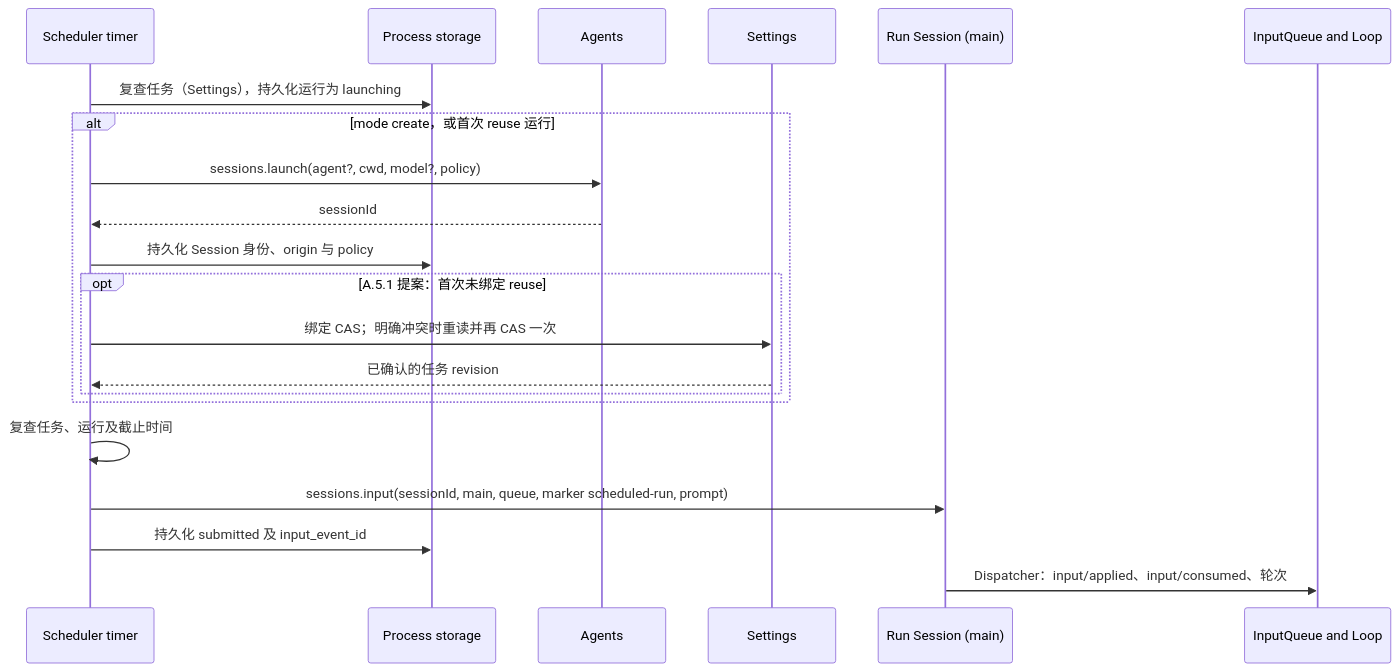
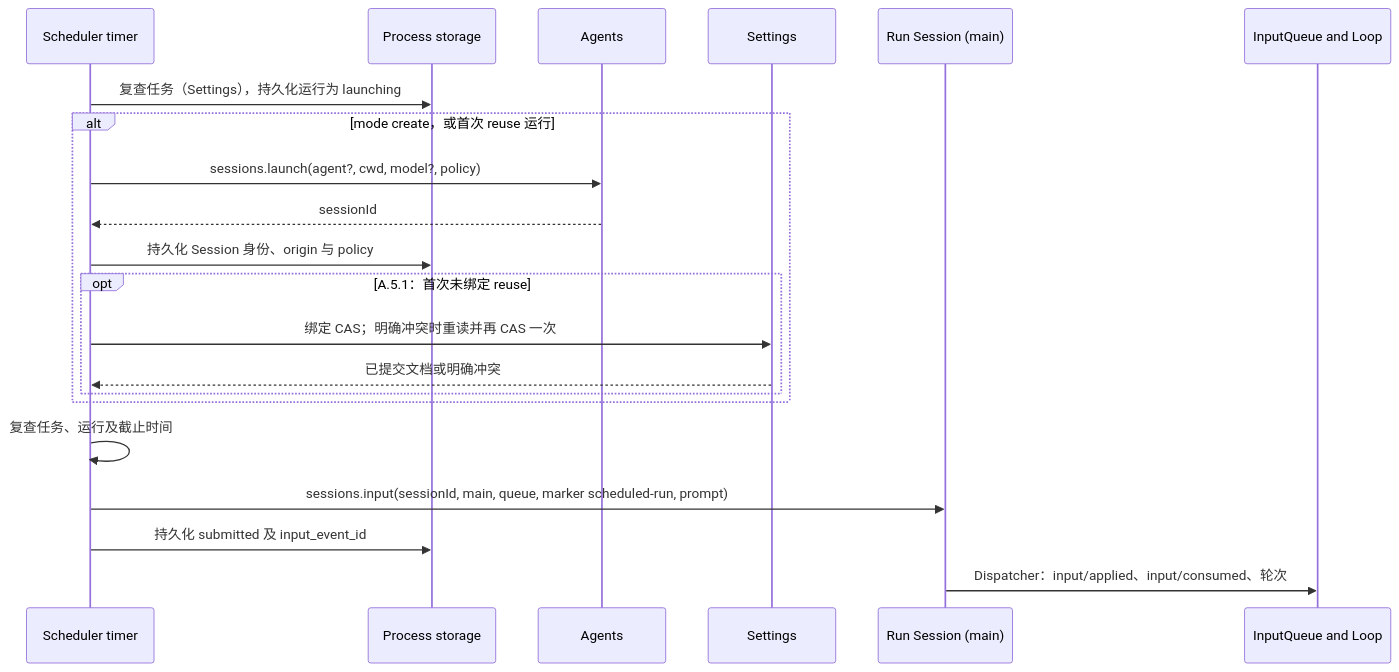
One commit to CoutinhoTTS/dim-agent changed the third of 6 diagrams in docs/zh/design/plugins/Scheduler.md. Above: the diagram before and after it, drawn with Mermaid. The commit also changed other lines of this file and 1 other file, not shown here.

````diff
--- a/docs/zh/design/plugins/Scheduler.md
+++ b/docs/zh/design/plugins/Scheduler.md
@@ -170,23 +170,23 @@
 ```mermaid
 sequenceDiagram
   participant T as Scheduler timer
   participant ST as Process storage
   participant AG as Agents
   participant SET as Settings
   participant S as Run Session (main)
   participant IQ as InputQueue and Loop
   T->>ST: 复查任务（Settings），持久化运行为 launching
   alt mode create，或首次 reuse 运行
     T->>AG: sessions.launch(agent?, cwd, model?, policy)
     AG-->>T: sessionId
     T->>ST: 持久化 Session 身份、origin 与 policy
-    opt A.5.1 提案：首次未绑定 reuse
+    opt A.5.1：首次未绑定 reuse
       T->>SET: 绑定 CAS；明确冲突时重读并再 CAS 一次
-      SET-->>T: 已确认的任务 revision
+      SET-->>T: 已提交文档或明确冲突
     end
   end
   T->>T: 复查任务、运行及截止时间
   T->>S: sessions.input(sessionId, main, queue, marker scheduled-run, prompt)
   T->>ST: 持久化 submitted 及 input_event_id
   S->>IQ: Dispatcher：input/applied、input/consumed、轮次
 ```
````
